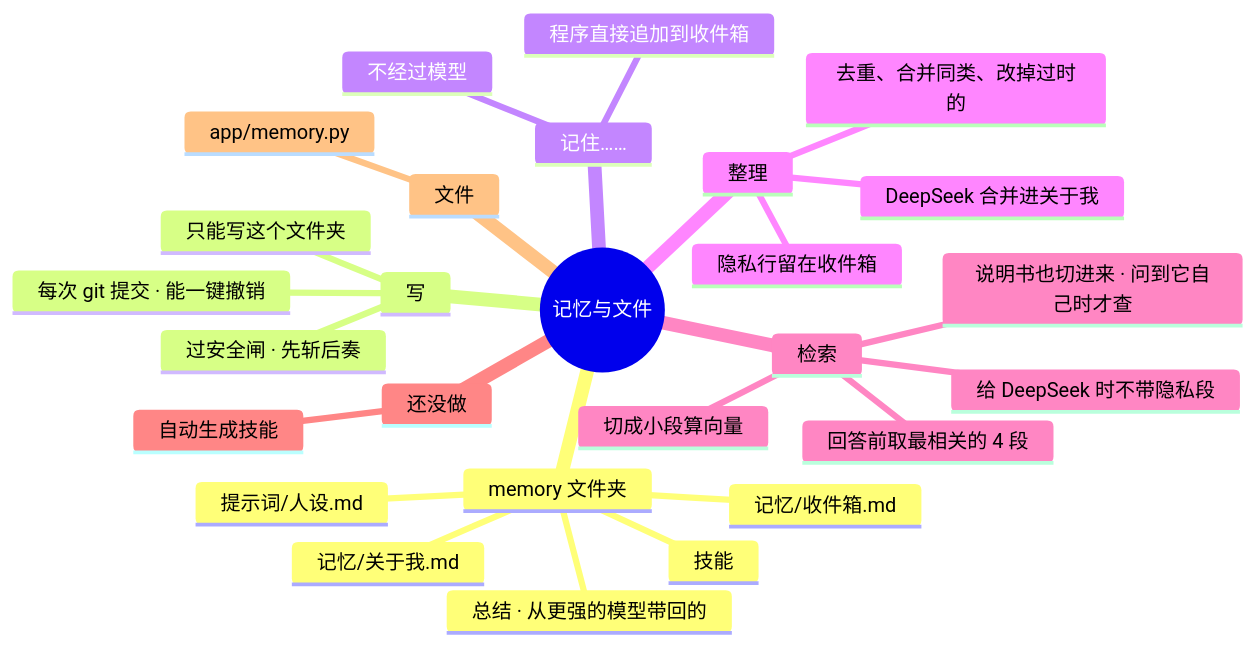
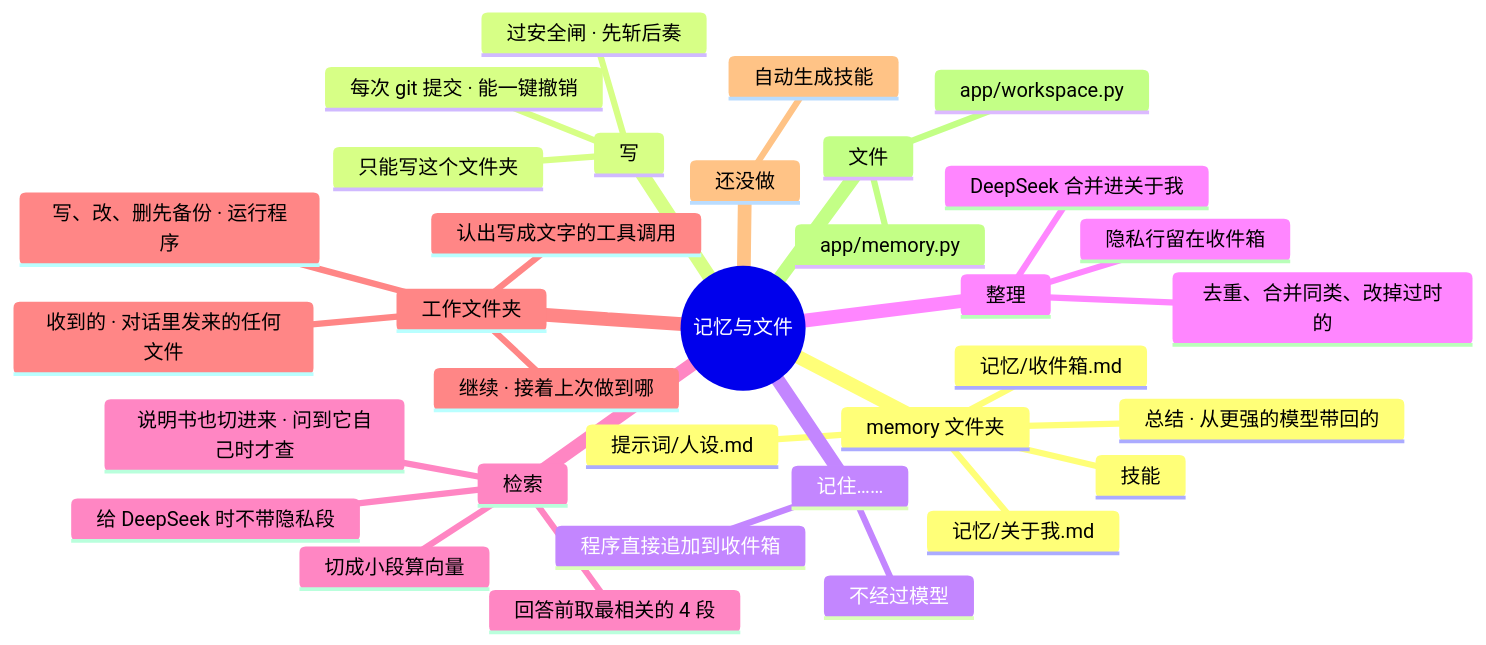
The diagram in docs/AI文档/架构/05-记忆与文件.md (lql-076/Experiment-Agent-One), drawn with Mermaid before and after one commit. The commit also changed other lines of this file and 15 other files, not shown here.

First line of the commit message:
v2.2.0：认出 DeepSeek 写成文字的工具调用（DSML），被截断提醒分段再来；400 时先去掉图片不去掉工具，原因进 deepseek.log；显示第几步、进度.md、「继续」接着做；对话里上传任何文件进 工作区\收到的

````diff
--- a/docs/AI文档/架构/05-记忆与文件.md
+++ b/docs/AI文档/架构/05-记忆与文件.md
@@ -9,32 +9,38 @@
 ```mermaid
 mindmap
   root((记忆与文件))
     memory 文件夹
       记忆/收件箱.md
       记忆/关于我.md
       技能
       提示词/人设.md
       总结 · 从更强的模型带回的
     写
       只能写这个文件夹
       过安全闸 · 先斩后奏
       每次 git 提交 · 能一键撤销
     记住……
       程序直接追加到收件箱
       不经过模型
     整理
     :::svc-nightly go-07
       DeepSeek 合并进关于我
       去重、合并同类、改掉过时的
       隐私行留在收件箱
     检索
     :::svc-model
       切成小段算向量
       说明书也切进来 · 问到它自己时才查
       回答前取最相关的 4 段
       给 DeepSeek 时不带隐私段
+    工作文件夹
+      写、改、删先备份 · 运行程序
+      收到的 · 对话里发来的任何文件
+      认出写成文字的工具调用
+      继续 · 接着上次做到哪
     还没做
       自动生成技能
     文件
       app/memory.py
+      app/workspace.py
 ```
````
